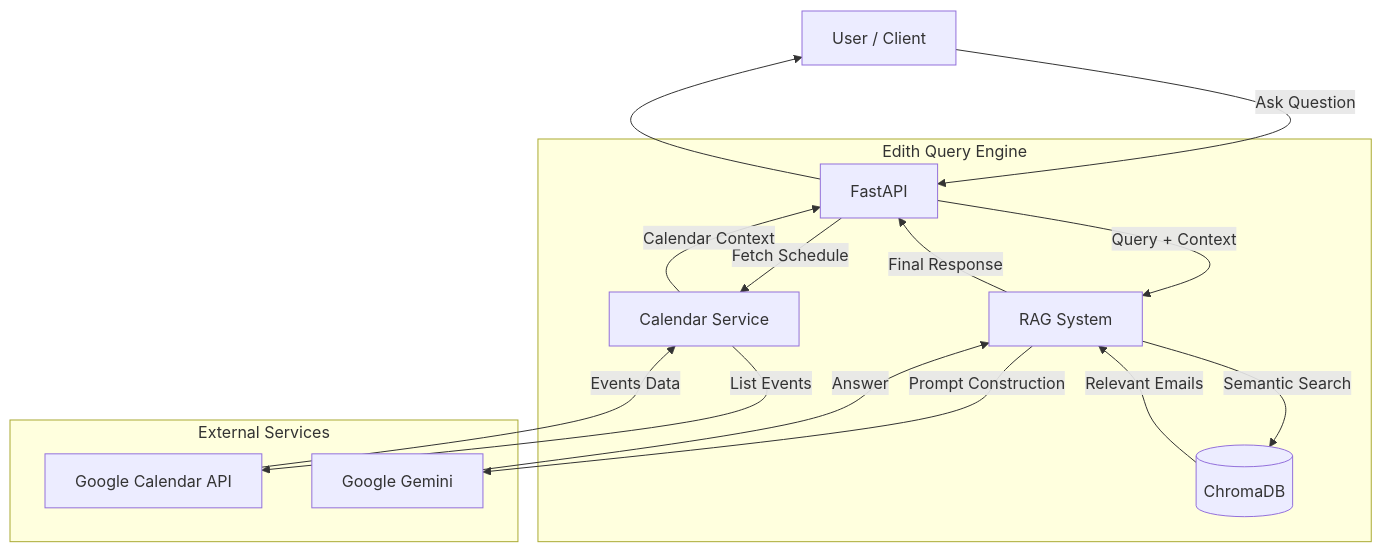
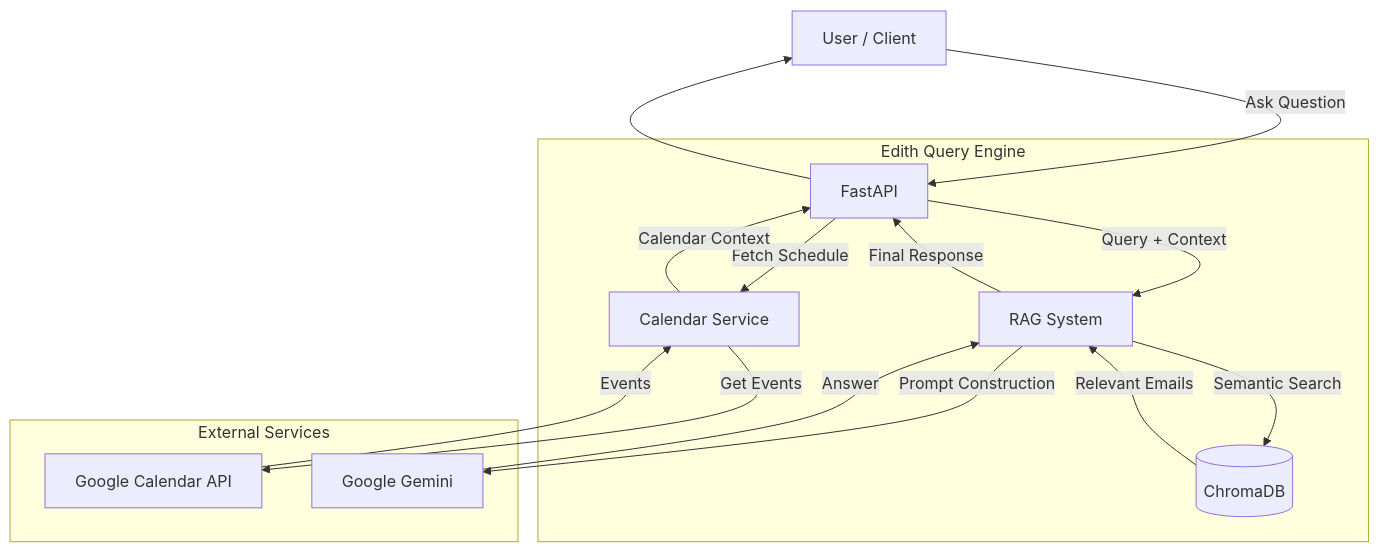
The second of 2 diagrams in assets/DESIGN.md (ChrisBryann/edith), drawn with Mermaid before and after one commit. The commit also changed other lines of this file and 5 other files, not shown here.

Commit message:
docs: Refactor architecture diagrams into Ingestion and Query flows

````diff
--- a/assets/DESIGN.md
+++ b/assets/DESIGN.md
@@ -34,35 +34,35 @@
 ```mermaid
 graph TD
     User[User / Client]
     
     subgraph "Edith Query Engine"
         API[FastAPI]
         Cal[Calendar Service]
         RAG[RAG System]
         DB[(ChromaDB)]
     end
     
     subgraph "External Services"
         G_CAL[Google Calendar API]
         LLM[Google Gemini]
     end
 
     User -- "Ask Question" --> API
     
     %% Context Gathering
     API -- "Fetch Schedule" --> Cal
-    Cal -- "List Events" --> G_CAL
-    G_CAL -- "Events Data" --> Cal
+    Cal -- "Get Events" --> G_CAL
+    G_CAL -- "Events" --> Cal
     Cal -- "Calendar Context" --> API
     
     %% RAG Flow
     API -- "Query + Context" --> RAG
     RAG -- "Semantic Search" --> DB
     DB -- "Relevant Emails" --> RAG
     
     %% Generation
     RAG -- "Prompt Construction" --> LLM
     LLM -- "Answer" --> RAG
     RAG -- "Final Response" --> API
     API --> User
 ```
````
